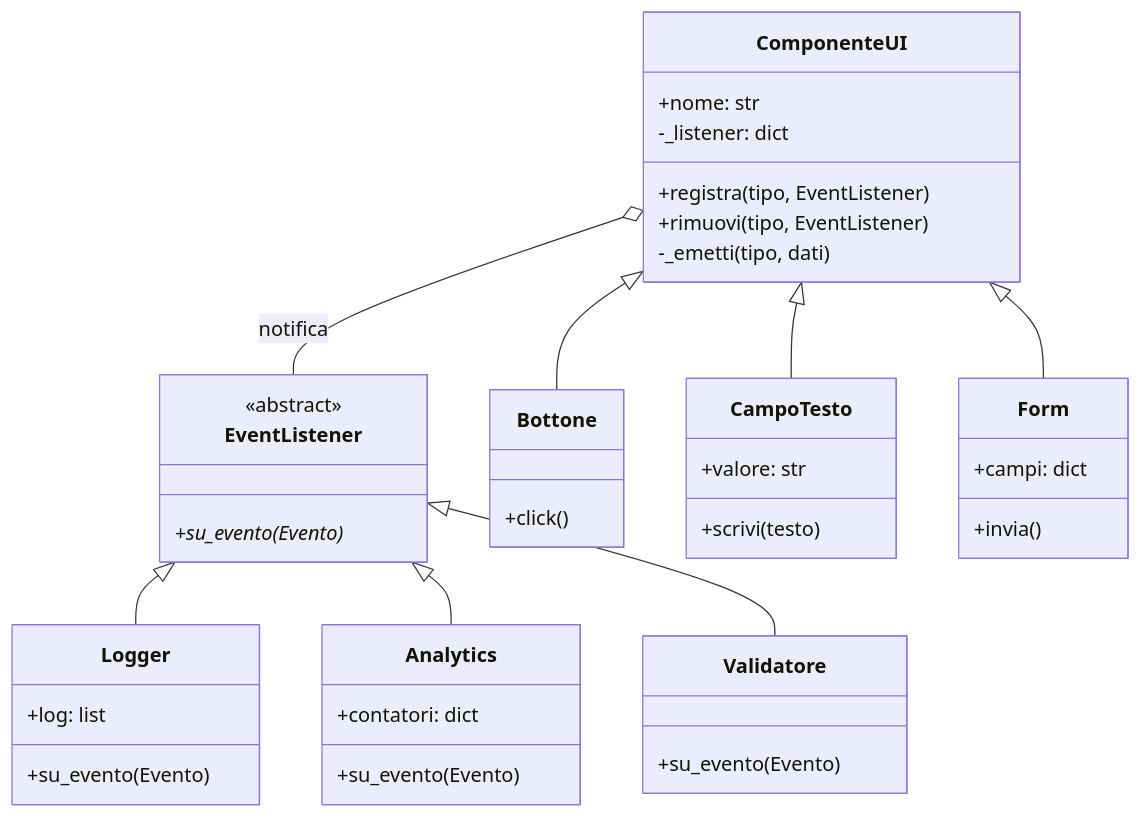
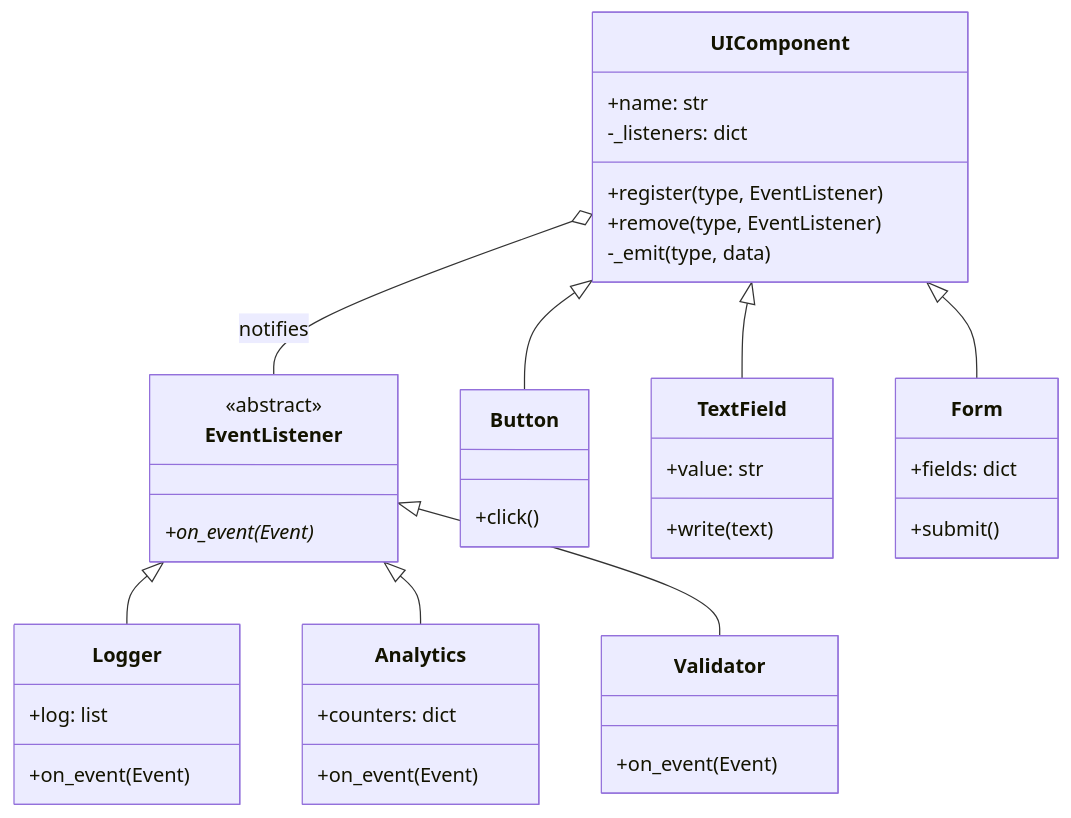
Before and after one commit to lucadileo9/design-pattern: the second of 3 diagrams in 03_behavioral/observer/README.md, drawn with Mermaid. The commit also changed other lines of this file and 43 other files, not shown here.

````diff
--- a/03_behavioral/observer/README.md
+++ b/03_behavioral/observer/README.md
@@ -62,44 +62,44 @@
 ```mermaid
 classDiagram
     class EventListener {
         <<abstract>>
-        +su_evento(Evento)*
+        +on_event(Event)*
     }
-    class ComponenteUI {
-        +nome: str
-        -_listener: dict
-        +registra(tipo, EventListener)
-        +rimuovi(tipo, EventListener)
-        -_emetti(tipo, dati)
+    class UIComponent {
+        +name: str
+        -_listeners: dict
+        +register(type, EventListener)
+        +remove(type, EventListener)
+        -_emit(type, data)
     }
-    class Bottone {
+    class Button {
         +click()
     }
-    class CampoTesto {
-        +valore: str
-        +scrivi(testo)
+    class TextField {
+        +value: str
+        +write(text)
     }
     class Form {
-        +campi: dict
-        +invia()
+        +fields: dict
+        +submit()
     }
     class Logger {
         +log: list
-        +su_evento(Evento)
+        +on_event(Event)
     }
     class Analytics {
-        +contatori: dict
-        +su_evento(Evento)
+        +counters: dict
+        +on_event(Event)
     }
-    class Validatore {
-        +su_evento(Evento)
+    class Validator {
+        +on_event(Event)
     }
 
-    ComponenteUI <|-- Bottone
-    ComponenteUI <|-- CampoTesto
-    ComponenteUI <|-- Form
-    ComponenteUI o-- EventListener : notifica
+    UIComponent <|-- Button
+    UIComponent <|-- TextField
+    UIComponent <|-- Form
+    UIComponent o-- EventListener : notifies
     EventListener <|-- Logger
     EventListener <|-- Analytics
-    EventListener <|-- Validatore
+    EventListener <|-- Validator
 ```
````
